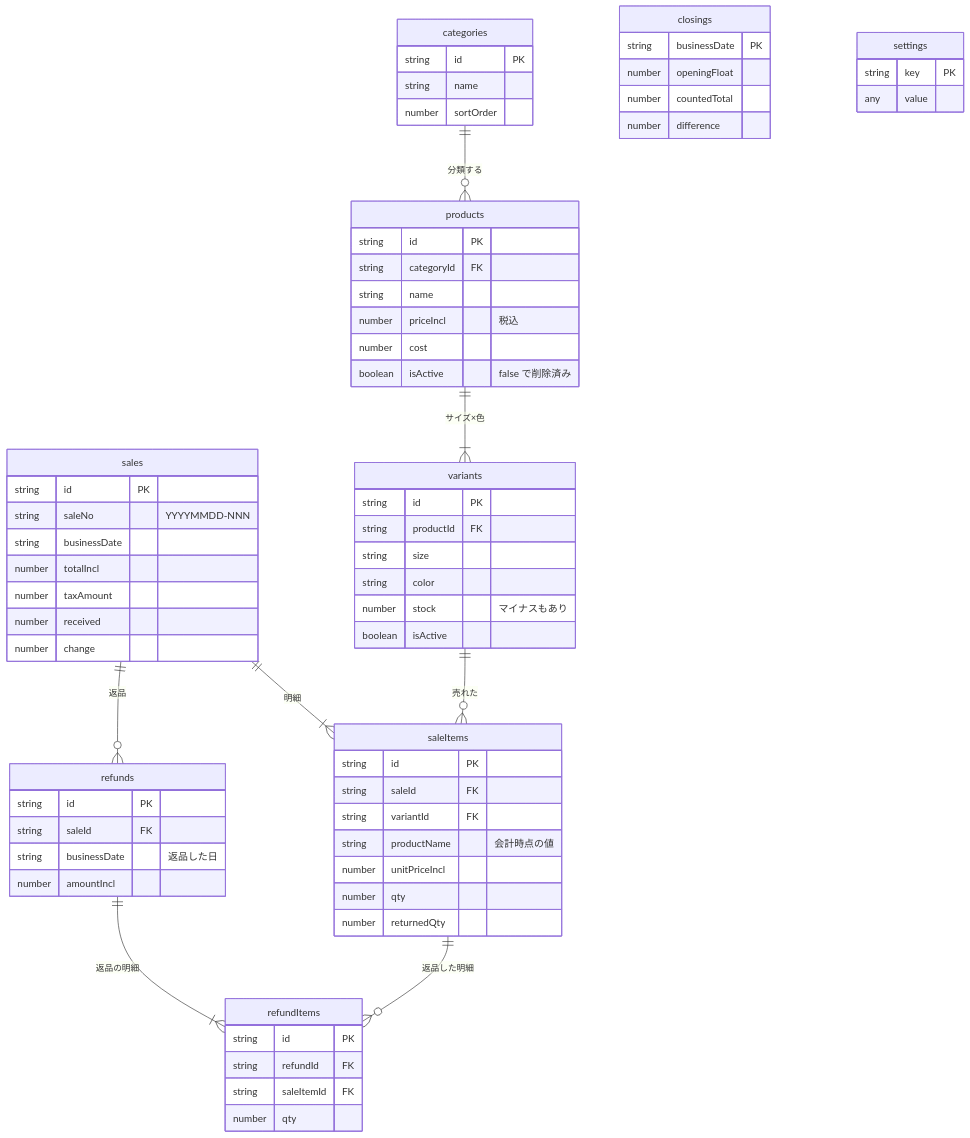
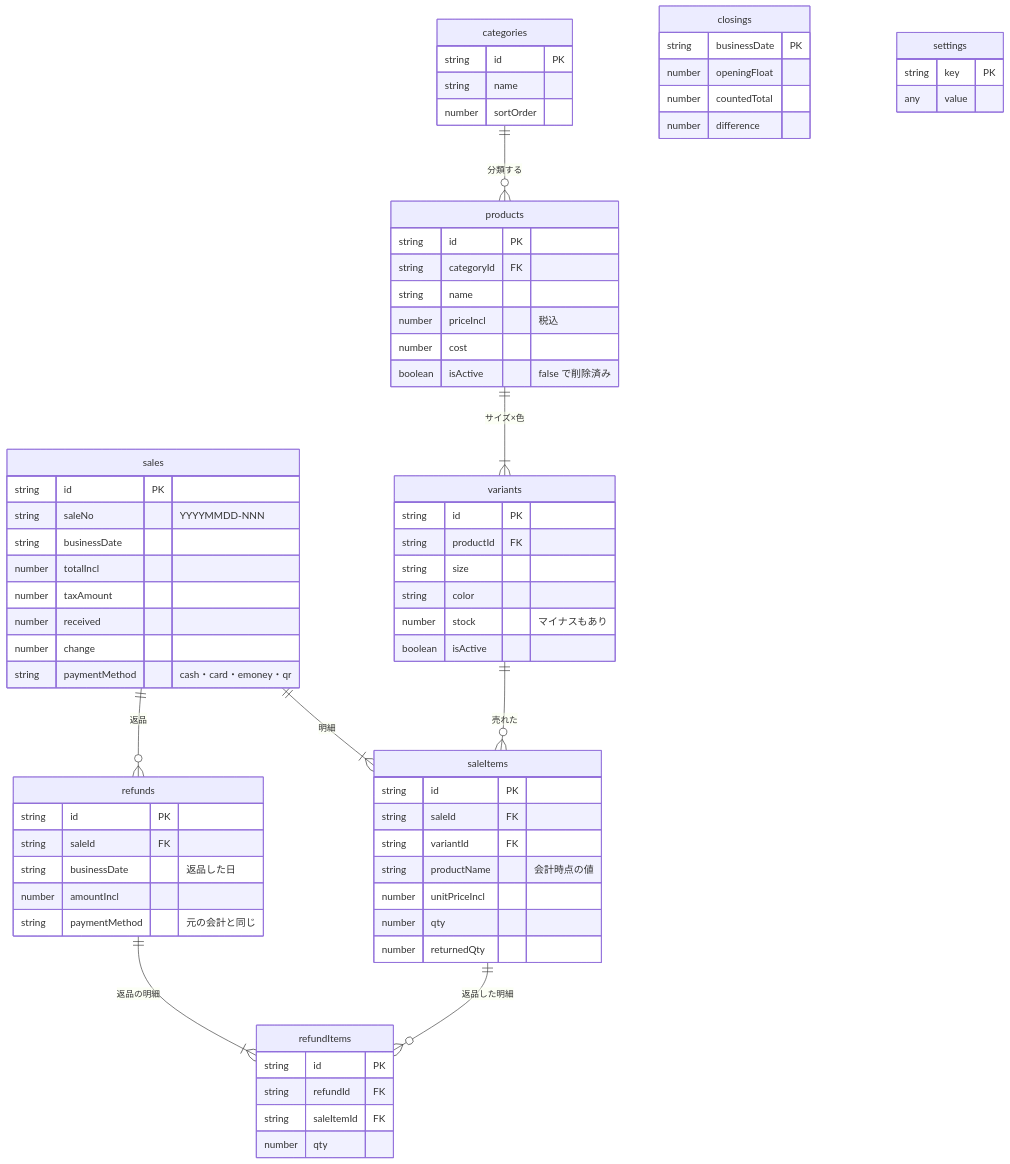
Before and after one commit to bang-prog/tyoubo: the fifth of 6 diagrams in docs/architecture.md, drawn with Mermaid. The commit also changed other lines of this file and 24 other files, not shown here.

Commit message:
支払い方法(現金・カード・電子マネー・QR)を選んで会計を記録できるようにした- カートで支払い方法を選び、キャッシュレスは確認画面で確定(お預かり=合計、お釣り=0)- 返品は元の会計と同じ方法で記録し、Square での返金を案内- レジ締めは現金の売上と返金だけで計算し、キャッシュレスは参考として表示- 会計履歴・帳簿・Excel に支払い方法と支払い方法別の集計を追加- 支払い方法のない今までのデータは現金として扱う- 仕様書 v1.4、アーキテクチャ図を更新

````diff
--- a/docs/architecture.md
+++ b/docs/architecture.md
@@ -166,72 +168,74 @@
 ```mermaid
 erDiagram
   categories ||--o{ products : "分類する"
   products ||--|{ variants : "サイズ×色"
   sales ||--|{ saleItems : "明細"
   variants ||--o{ saleItems : "売れた"
   sales ||--o{ refunds : "返品"
   refunds ||--|{ refundItems : "返品の明細"
   saleItems ||--o{ refundItems : "返品した明細"
 
   categories {
     string id PK
     string name
     number sortOrder
   }
   products {
     string id PK
     string categoryId FK
     string name
     number priceIncl "税込"
     number cost
     boolean isActive "false で削除済み"
   }
   variants {
     string id PK
     string productId FK
     string size
     string color
     number stock "マイナスもあり"
     boolean isActive
   }
   sales {
     string id PK
     string saleNo "YYYYMMDD-NNN"
     string businessDate
     number totalIncl
     number taxAmount
     number received
     number change
+    string paymentMethod "cash・card・emoney・qr"
   }
   saleItems {
     string id PK
     string saleId FK
     string variantId FK
     string productName "会計時点の値"
     number unitPriceIncl
     number qty
     number returnedQty
   }
   refunds {
     string id PK
     string saleId FK
     string businessDate "返品した日"
     number amountIncl
+    string paymentMethod "元の会計と同じ"
   }
   refundItems {
     string id PK
     string refundId FK
     string saleItemId FK
     number qty
   }
   closings {
     string businessDate PK
     number openingFloat
     number countedTotal
     number difference
   }
   settings {
     string key PK
     any value
   }
 ```
````
